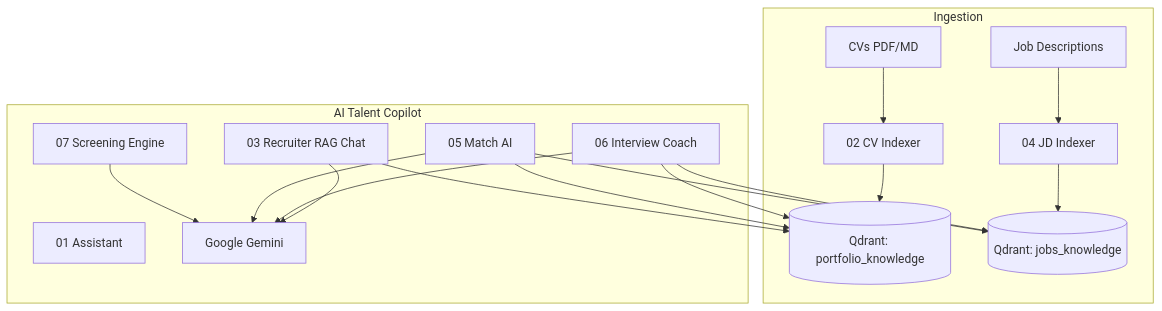
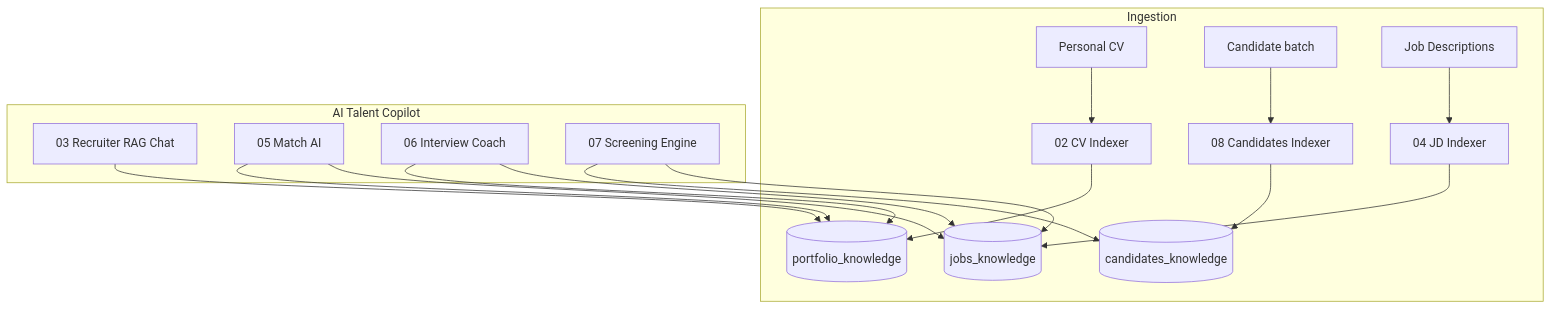
One commit to delpozochristian/ai-automation-portfolio changed the second of 2 diagrams in README.md. Above: the diagram before and after it, drawn with Mermaid. The commit also changed other lines of this file and 6 other files, not shown here.

First line of the commit message:
Redesign Screening Engine for scale with candidates_knowledge RAG

````diff
--- a/README.md
+++ b/README.md
@@ -40,27 +130,25 @@
 ```mermaid
 flowchart TB
     subgraph ingest [Ingestion]
-        CV[CVs PDF/MD] --> W02[02 CV Indexer]
+        CV1[Personal CV] --> W02[02 CV Indexer]
+        CVn[Candidate batch] --> W08[08 Candidates Indexer]
         JD[Job Descriptions] --> W04[04 JD Indexer]
-        W02 --> Q1[(Qdrant: portfolio_knowledge)]
-        W04 --> Q2[(Qdrant: jobs_knowledge)]
+        W02 --> Q1[(portfolio_knowledge)]
+        W08 --> Q3[(candidates_knowledge)]
+        W04 --> Q2[(jobs_knowledge)]
     end
 
     subgraph copilots [AI Talent Copilot]
-        W01[01 Assistant]
         W03[03 Recruiter RAG Chat]
         W05[05 Match AI]
         W06[06 Interview Coach]
         W07[07 Screening Engine]
-        Gemini[Google Gemini]
         W03 --> Q1
         W05 --> Q1
         W05 --> Q2
         W06 --> Q1
         W06 --> Q2
-        W07 --> Gemini
-        W05 --> Gemini
-        W06 --> Gemini
-        W03 --> Gemini
+        W07 --> Q3
+        W07 --> Q2
     end
 ```
````
